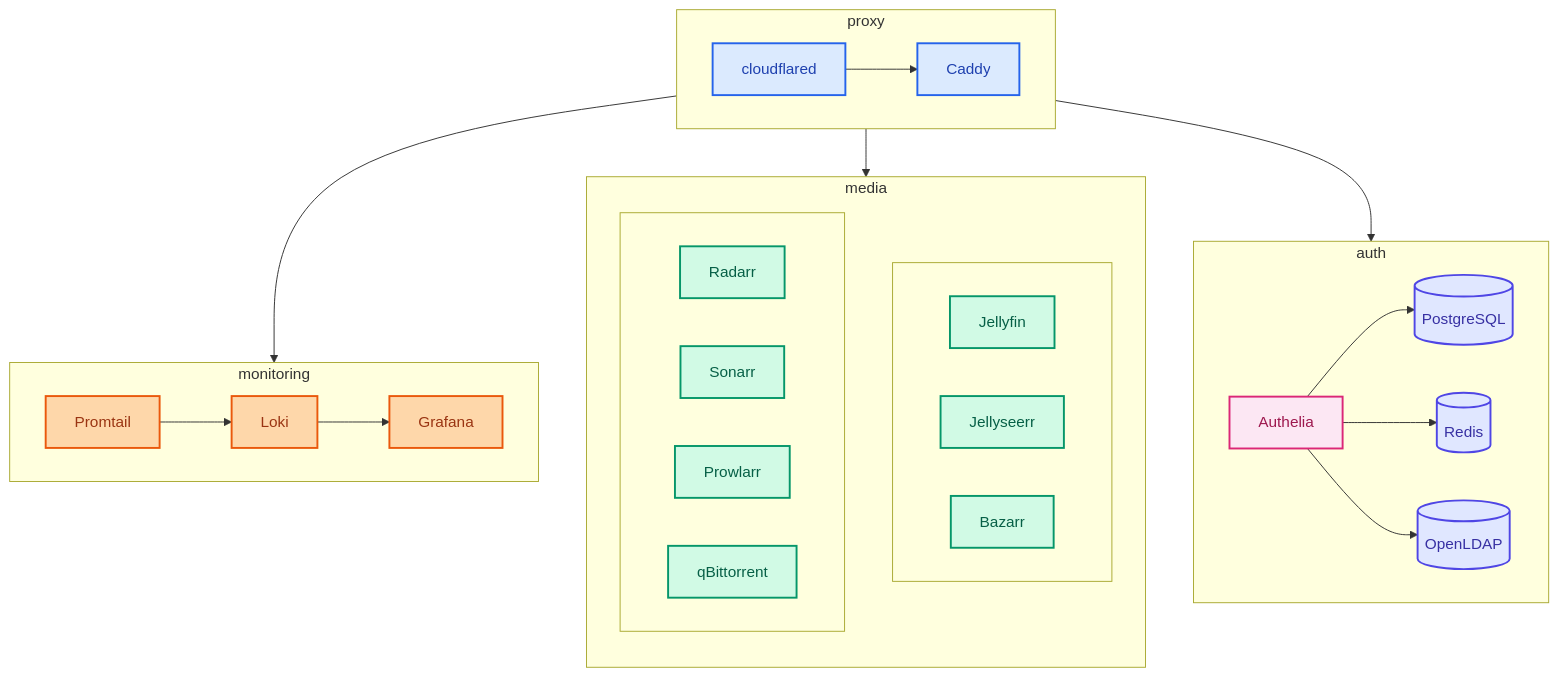
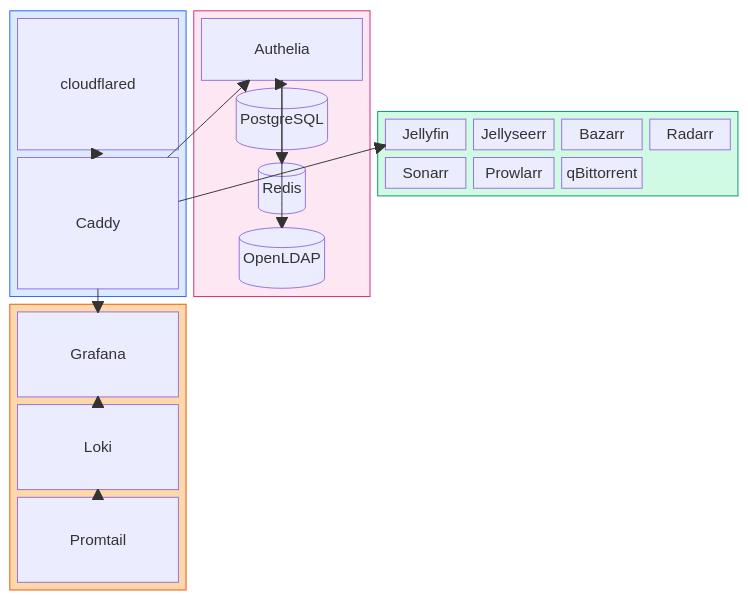
The fourth of 4 diagrams in docs-site/src/content/docs/guides/introduction.mdx (Mykyta-Home-Server/homeserver), drawn with Mermaid before and after one commit. The commit also changed other lines of this file and 2 other files, not shown here.

First line of the commit message:
Redesign all Mermaid diagrams using block and architecture syntax

````diff
--- a/docs-site/src/content/docs/guides/introduction.mdx
+++ b/docs-site/src/content/docs/guides/introduction.mdx
@@ -217,71 +168,52 @@
 ```mermaid
-flowchart TB
-    %% Color classes for networks
-    classDef proxyNet fill:#dbeafe,stroke:#2563eb,stroke-width:2px,color:#1e40af
-    classDef authNet fill:#fce7f3,stroke:#db2777,stroke-width:2px,color:#9d174d
-    classDef mediaNet fill:#d1fae5,stroke:#059669,stroke-width:2px,color:#065f46
-    classDef monitorNet fill:#fed7aa,stroke:#ea580c,stroke-width:2px,color:#9a3412
-    classDef database fill:#e0e7ff,stroke:#4f46e5,stroke-width:2px,color:#3730a3
+block-beta
+    columns 4
 
-    %% Proxy Network
-    subgraph proxy[proxy]
-        direction LR
-        Caddy[Caddy]
-        cloudflared[cloudflared]
+    block:proxy:1
+        columns 1
+        p1["cloudflared"]
+        p2["Caddy"]
     end
 
-    %% Auth Network
-    subgraph auth[auth]
-        direction LR
-        Authelia[Authelia]
-        PostgreSQL[(PostgreSQL)]
-        Redis[(Redis)]
-        OpenLDAP[(OpenLDAP)]
+    block:auth:1
+        columns 1
+        a1["Authelia"]
+        a2[("PostgreSQL")]
+        a3[("Redis")]
+        a4[("OpenLDAP")]
     end
 
-    %% Media Network
-    subgraph media[media]
-        direction TB
-        subgraph media_row1[ ]
-            direction LR
-            Jellyfin[Jellyfin]
-            Jellyseerr[Jellyseerr]
-            Bazarr[Bazarr]
-        end
-        subgraph media_row2[ ]
-            direction LR
-            Radarr[Radarr]
-            Sonarr[Sonarr]
-            Prowlarr[Prowlarr]
-            qBittorrent[qBittorrent]
-        end
+    block:media:2
+        columns 4
+        m1["Jellyfin"]
+        m2["Jellyseerr"]
+        m3["Bazarr"]
+        m4["Radarr"]
+        m5["Sonarr"]
+        m6["Prowlarr"]
+        m7["qBittorrent"]
+        space
     end
 
-    %% Monitoring Network
-    subgraph monitoring[monitoring]
-        direction LR
-        Grafana[Grafana]
-        Loki[Loki]
-        Promtail[Promtail]
+    block:monitoring:1
+        columns 1
+        mon1["Grafana"]
+        mon2["Loki"]
+        mon3["Promtail"]
     end
 
-    %% Cross-network connections via Caddy
-    Caddy --> Authelia
-    Caddy --> Jellyfin
-    Caddy --> Grafana
+    p1 --> p2
+    p2 --> a1
+    p2 --> m1
+    p2 --> mon1
+    a1 --> a2
+    a1 --> a3
+    a1 --> a4
+    mon3 --> mon2
+    mon2 --> mon1
 
-    %% Internal connections
-    cloudflared --> Caddy
-    Authelia --> PostgreSQL
-    Authelia --> Redis
-    Authelia --> OpenLDAP
-    Promtail --> Loki
-    Loki --> Grafana
-
-    %% Apply styles
-    class Caddy,cloudflared proxyNet
-    class Authelia authNet
-    class Jellyfin,Jellyseerr,Radarr,Sonarr,Prowlarr,qBittorrent,Bazarr mediaNet
-    class Grafana,Loki,Promtail monitorNet
-    class PostgreSQL,Redis,OpenLDAP database
+    style proxy fill:#dbeafe,stroke:#2563eb
+    style auth fill:#fce7f3,stroke:#db2777
+    style media fill:#d1fae5,stroke:#059669
+    style monitoring fill:#fed7aa,stroke:#ea580c
 ```
````
